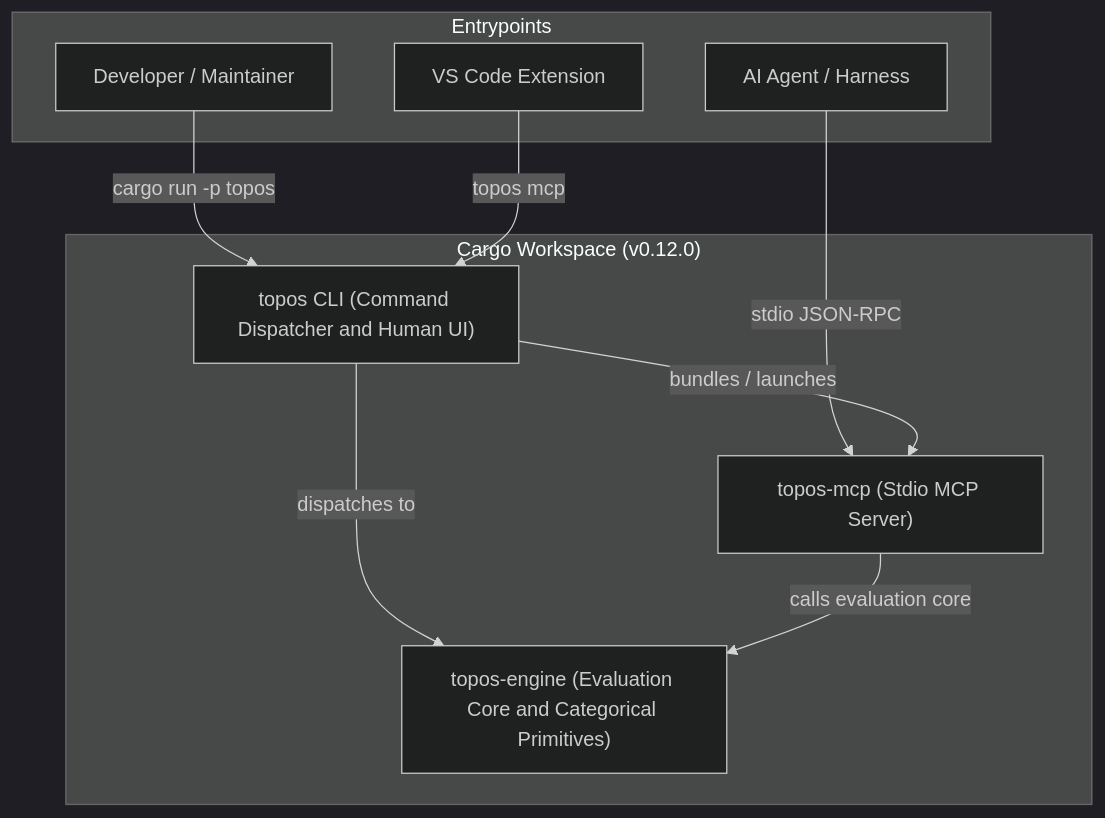
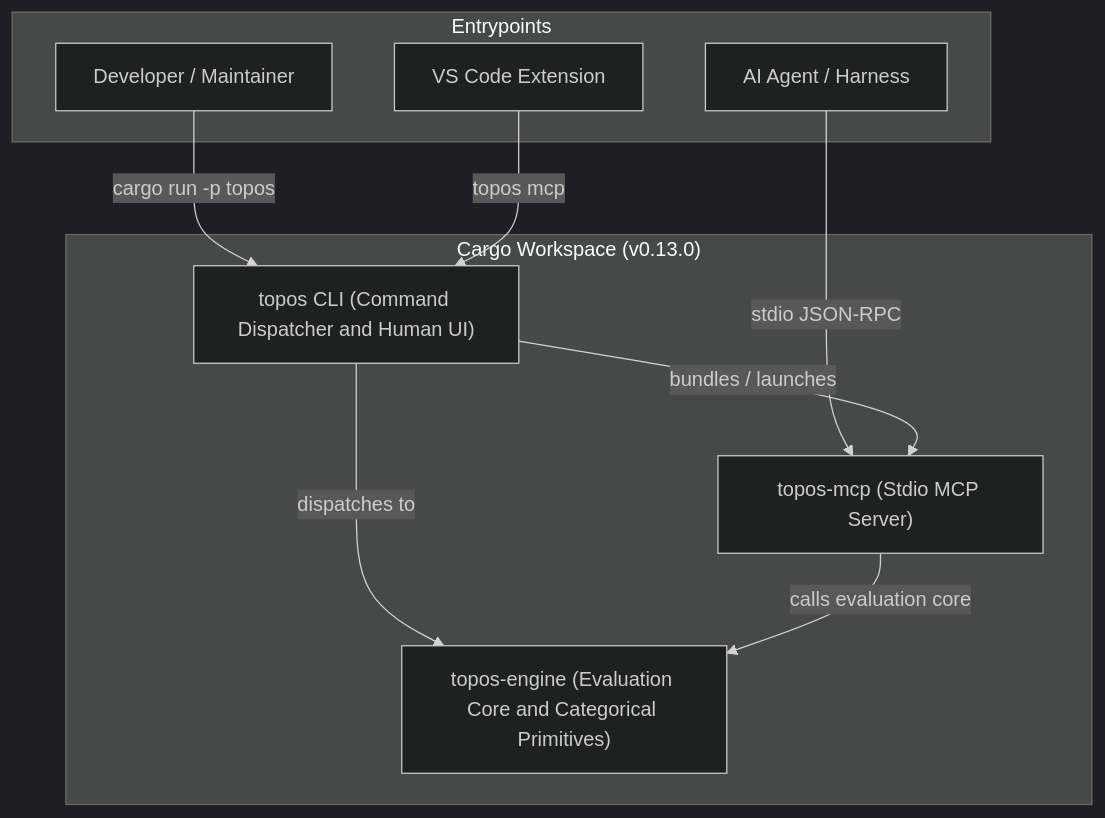
Before and after one commit to Krv-Labs/topos: the diagram in openwiki/quickstart.md, drawn with Mermaid (dark theme). The commit also changed other lines of this file and 12 other files, not shown here.

````diff
--- a/openwiki/quickstart.md
+++ b/openwiki/quickstart.md
@@ -49,21 +49,21 @@
 ```mermaid
 flowchart TD
-    subgraph Workspace ["Cargo Workspace (v0.12.0)"]
+    subgraph Workspace ["Cargo Workspace (v0.13.0)"]
         Engine["topos-engine (Evaluation Core and Categorical Primitives)"]
         CLI["topos CLI (Command Dispatcher and Human UI)"]
         MCP["topos-mcp (Stdio MCP Server)"]
     end
 
     subgraph Entrypoints
         Developer["Developer / Maintainer"]
         Agent["AI Agent / Harness"]
         VSCode["VS Code Extension"]
     end
 
     Developer -->|cargo run -p topos| CLI
     Agent -->|stdio JSON-RPC| MCP
     VSCode -->|topos mcp| CLI
     CLI -->|bundles / launches| MCP
     CLI -->|dispatches to| Engine
     MCP -->|calls evaluation core| Engine
 ```
````
